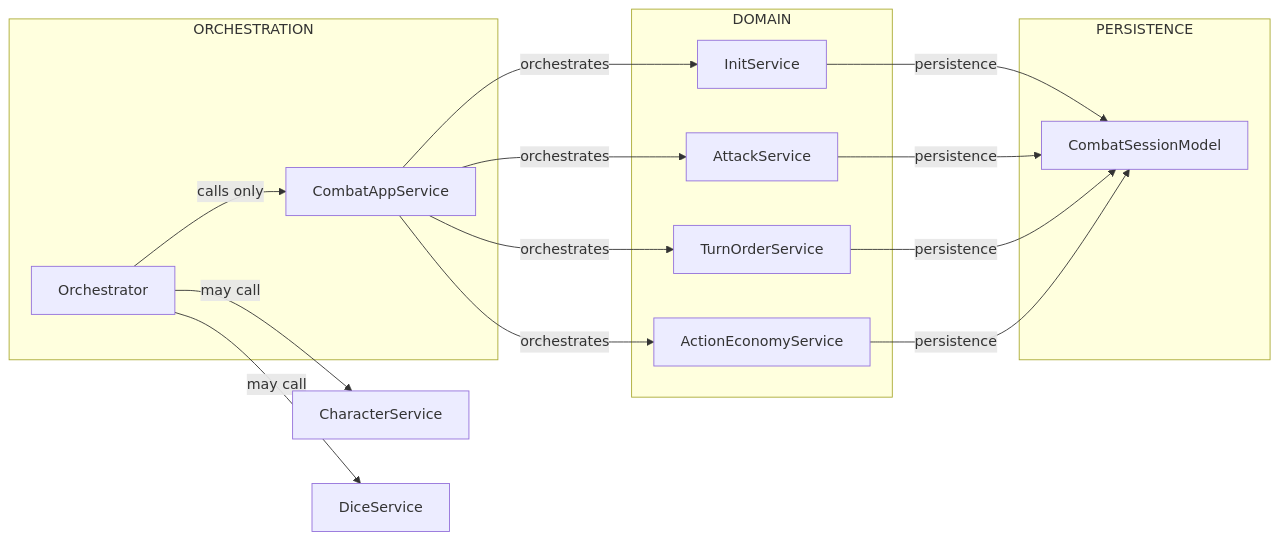
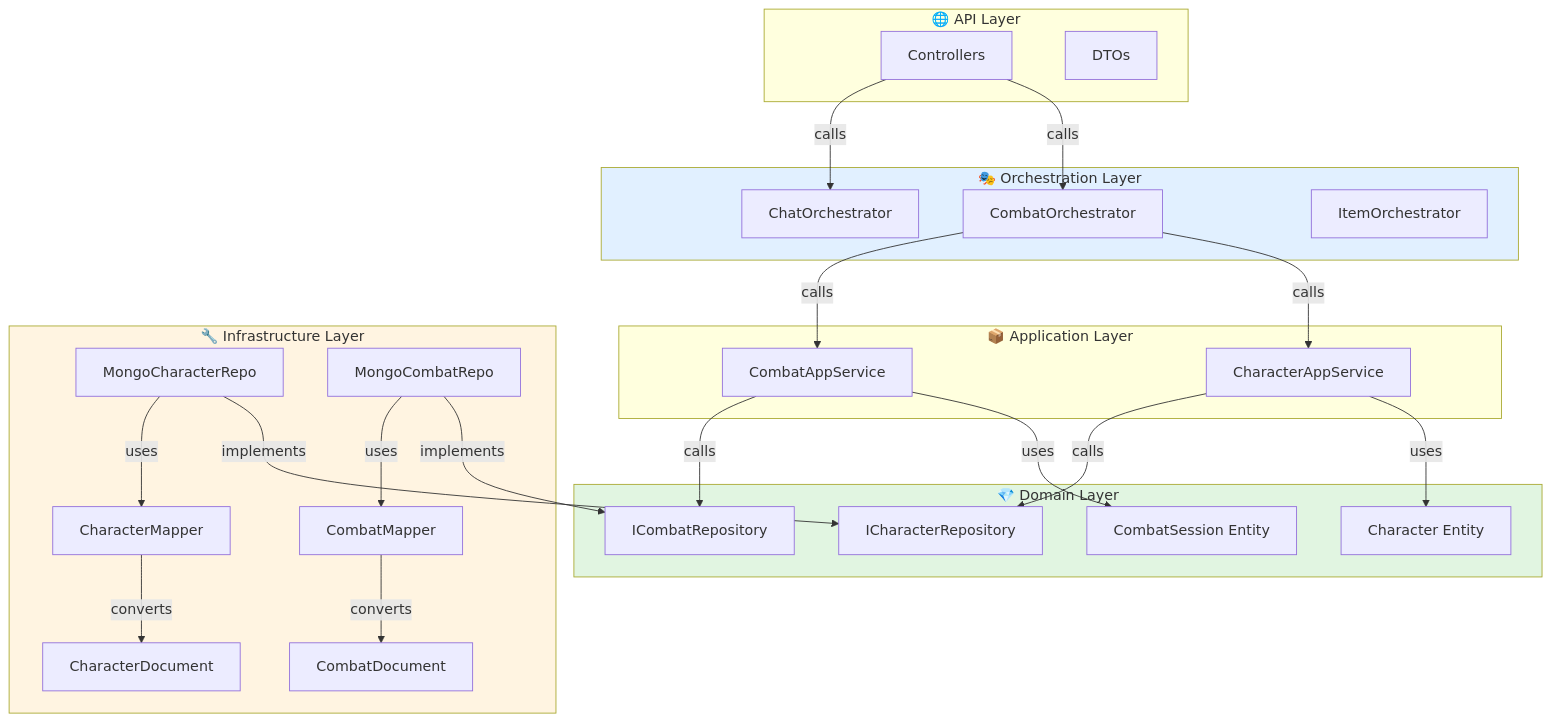
Before and after one commit to alshyra/RPG-Gen: the diagram in apps/backend/ARCHI.md, drawn with Mermaid. The commit also changed other lines of this file and 43 other files, not shown here.

````diff
--- a/apps/backend/ARCHI.md
+++ b/apps/backend/ARCHI.md
@@ -33,33 +97,53 @@
 ```mermaid
-flowchart LR
-  subgraph ORCHESTRATION
-    ORC[Orchestrator]
-    APP[CombatAppService]
-  end
+flowchart TB
+    subgraph API["🌐 API Layer"]
+        CTRL[Controllers]
+        DTO[DTOs]
+    end
 
-  subgraph DOMAIN
-    INIT[InitService]
-    ATTACK[AttackService]
-    TURN[TurnOrderService]
-    ECON[ActionEconomyService]
-  end
+    subgraph ORC["🎭 Orchestration Layer"]
+        CORC[CombatOrchestrator]
+        CHORC[ChatOrchestrator]
+        IORC[ItemOrchestrator]
+    end
 
-  subgraph PERSISTENCE
-    MODEL[CombatSessionModel]
-  end
+    subgraph APP["📦 Application Layer"]
+        CAPP[CharacterAppService]
+        CBAPP[CombatAppService]
+    end
 
-  ORC -->|calls only| APP
-  APP -->|orchestrates| INIT
-  APP -->|orchestrates| ATTACK
-  APP -->|orchestrates| TURN
-  APP -->|orchestrates| ECON
+    subgraph DOM["💎 Domain Layer"]
+        CHAR[Character Entity]
+        COMB[CombatSession Entity]
+        IREPO[ICharacterRepository]
+        ICREPO[ICombatRepository]
+    end
 
-  INIT -->|persistence| MODEL
-  ATTACK -->|persistence| MODEL
-  TURN -->|persistence| MODEL
-  ECON -->|persistence| MODEL
+    subgraph INFRA["🔧 Infrastructure Layer"]
+        REPO[MongoCharacterRepo]
+        CREPO[MongoCombatRepo]
+        MAP[CharacterMapper]
+        CMAP[CombatMapper]
+        DOC[CharacterDocument]
+        CDOC[CombatDocument]
+    end
 
-  %% Allowed direct orchestrator-only cross-domain services
-  ORC -->|may call| CHAR[CharacterService]
-  ORC -->|may call| DICE[DiceService]
+    CTRL -->|calls| CORC
+    CTRL -->|calls| CHORC
+    CORC -->|calls| CAPP
+    CORC -->|calls| CBAPP
+    CAPP -->|uses| CHAR
+    CAPP -->|calls| IREPO
+    CBAPP -->|uses| COMB
+    CBAPP -->|calls| ICREPO
+    REPO -->|implements| IREPO
+    CREPO -->|implements| ICREPO
+    REPO -->|uses| MAP
+    CREPO -->|uses| CMAP
+    MAP -->|converts| DOC
+    CMAP -->|converts| CDOC
+
+    style DOM fill:#e1f5e1
+    style INFRA fill:#fff4e1
+    style ORC fill:#e1f0ff
 ```
````
